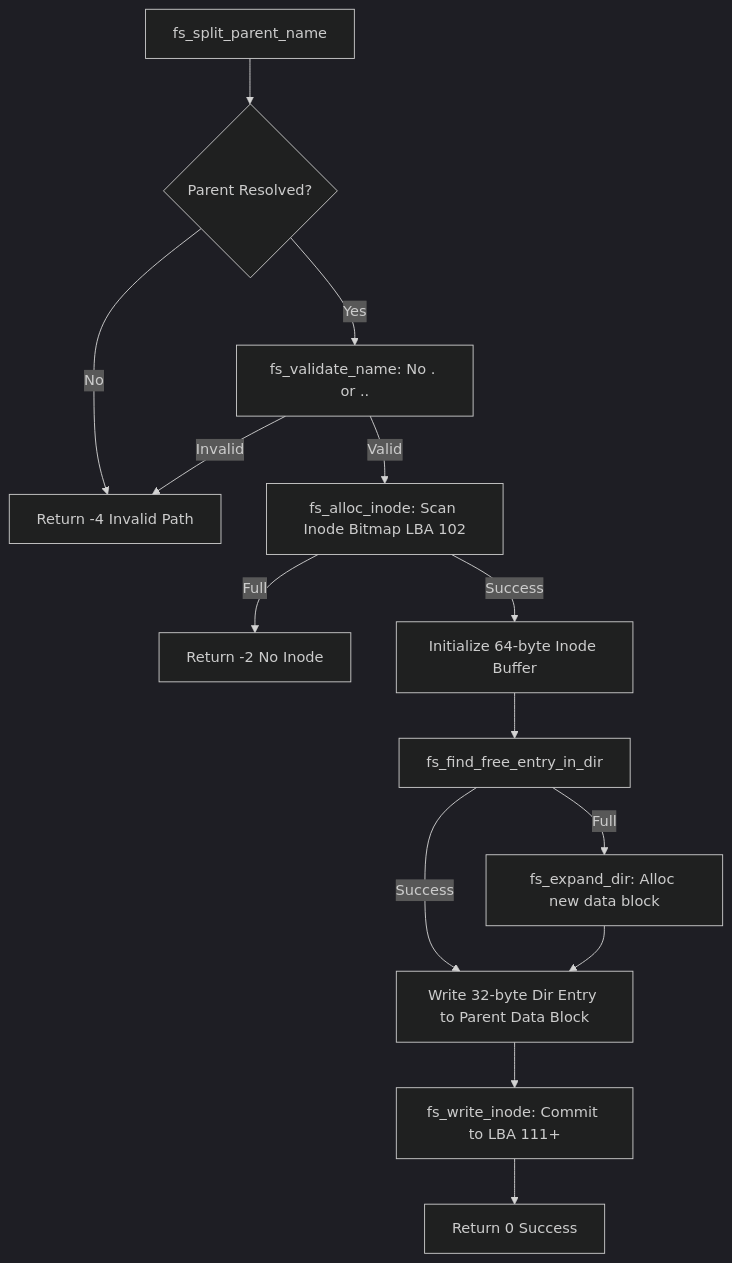
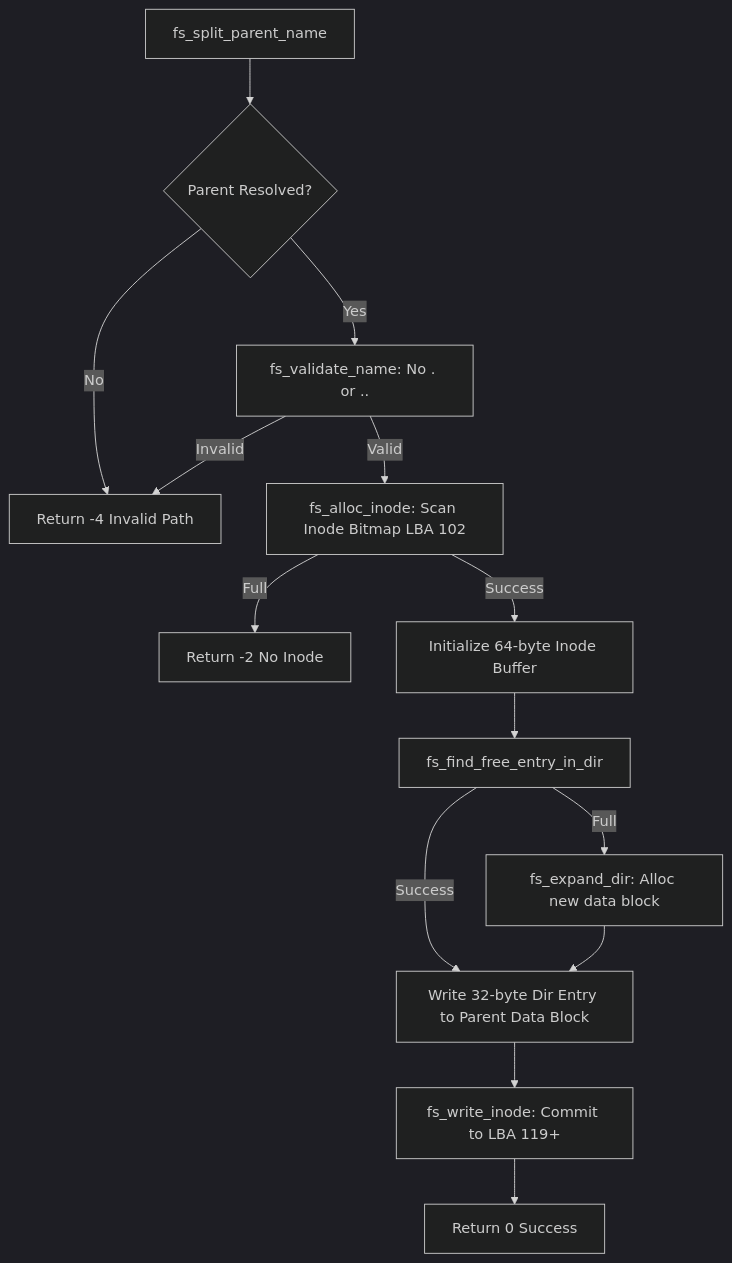
The fourth of 8 diagrams in docs/Flowchart.md (charlestsaur/MINI-OS), drawn with Mermaid (dark theme) before and after one commit. The commit also changed other lines of this file and 21 other files, not shown here.

````diff
--- a/docs/Flowchart.md
+++ b/docs/Flowchart.md
@@ -95,16 +95,16 @@
 ```mermaid
 graph TD
     A[fs_split_parent_name] --> B{Parent Resolved?}
     B -- No --> C[Return -4 Invalid Path]
     B -- Yes --> D[fs_validate_name: No . or ..]
     D -- Invalid --> C
     D -- Valid --> E[fs_alloc_inode: Scan Inode Bitmap LBA 102]
     E -- Full --> F[Return -2 No Inode]
     E -- Success --> G[Initialize 64-byte Inode Buffer]
     G --> H[fs_find_free_entry_in_dir]
     H -- Success --> I[Write 32-byte Dir Entry to Parent Data Block]
     H -- Full --> J[fs_expand_dir: Alloc new data block]
     J --> I
-    I --> K[fs_write_inode: Commit to LBA 111+]
+    I --> K[fs_write_inode: Commit to LBA 119+]
     K --> L[Return 0 Success]
 ```
````
